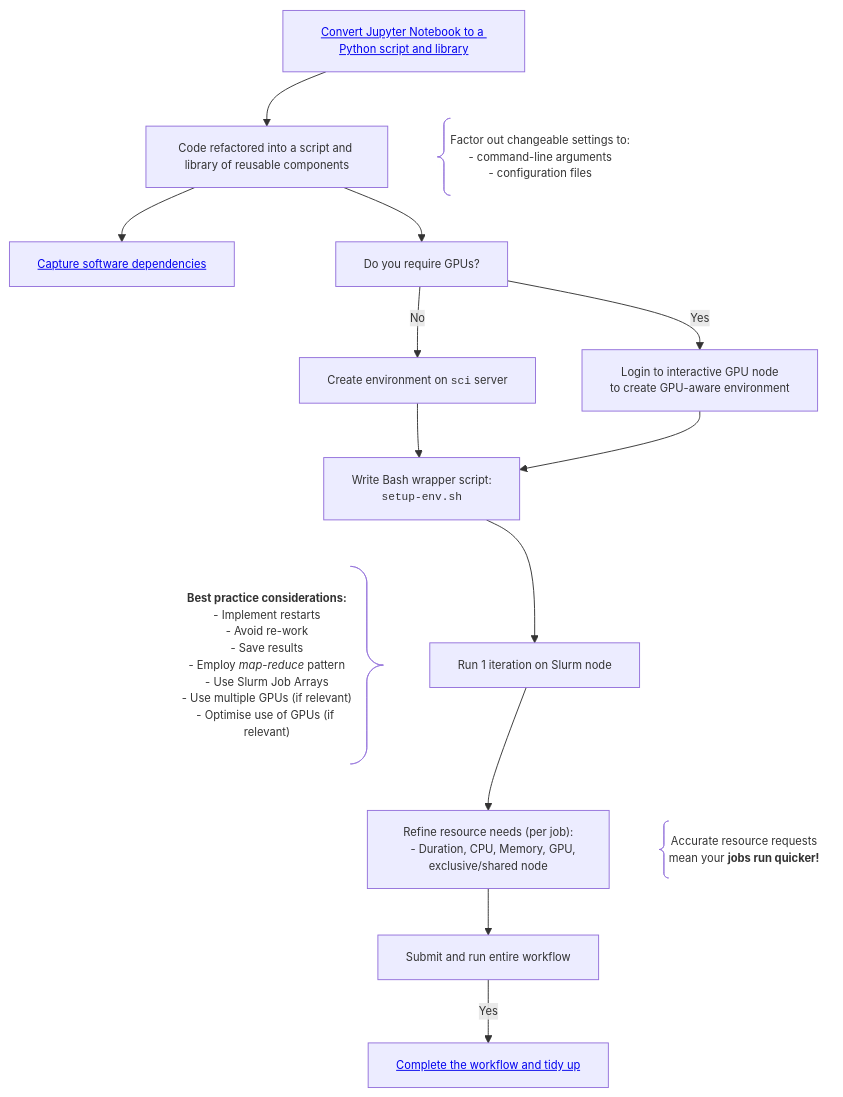
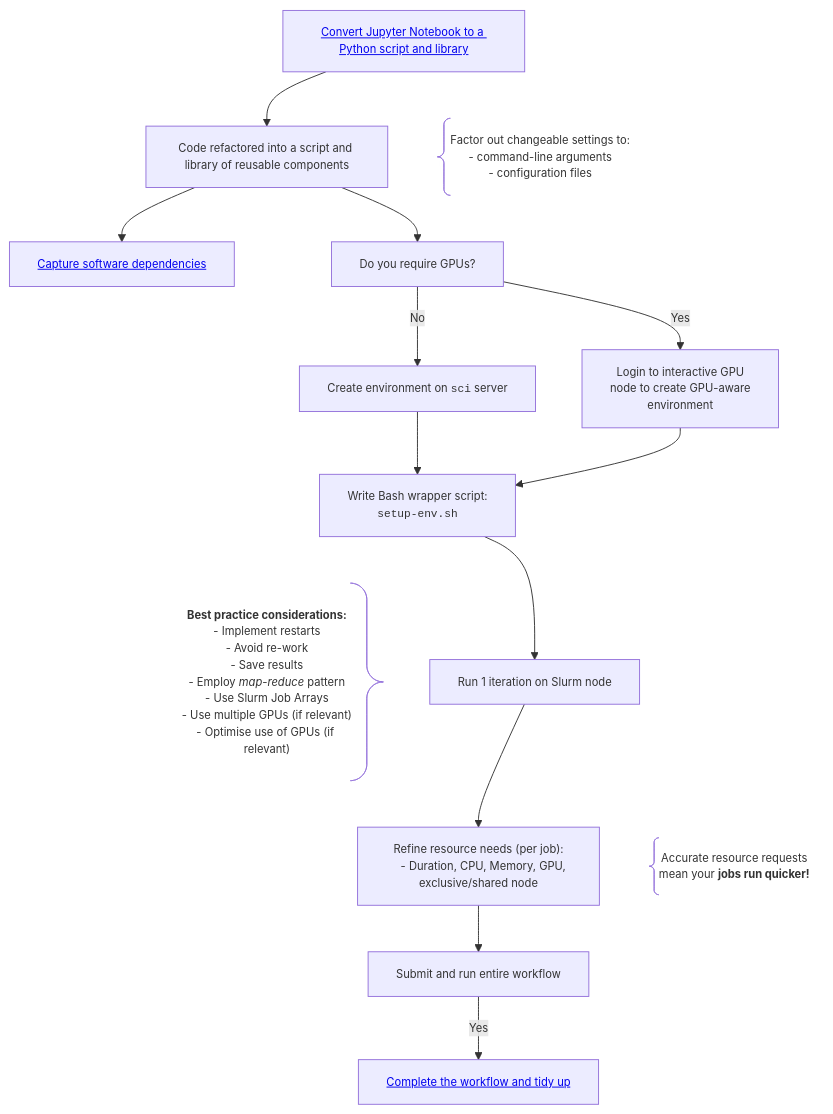
One commit to agstephens/proto-jasmin-mermaid-docs changed the third of 3 diagrams in README.md. Above: the diagram before and after it, drawn with Mermaid. The commit also changed other lines of this file, not shown here.

Commit message:
Fix formatting in README.md for clarity

````diff
--- a/README.md
+++ b/README.md
@@ -224,46 +224,46 @@
 ```mermaid
 ---
 config:
   theme: 'default'
   themeVariables:
     fontSize: 9pt
 ---
 flowchart TD
     NB[<a href="https://github.com/agstephens/proto-jasmin-mermaid-docs/blob/main/README.md#python-best-practice">Convert Jupyter Notebook to a Python script and library</a>]
 
     NB --> CODE_READY[Code refactored into a script and library of reusable components]
 
     NB ~~~ C1@{ shape: brace-l, label: "Factor out changeable settings to</b>:
         - command-line arguments
         - configuration files"}
 
     CODE_READY --> DEPS[<a href="https://github.com/agstephens/proto-jasmin-mermaid-docs/blob/main/README.md#managing-software-dependencies">Capture software dependencies</a>]
 
     CODE_READY ~~~ C2@{ shape: brace-l, label: "'requirements.txt' file<br/>listing dependencies"}
 
     CODE_READY --> GPU_REQ[Do you require GPUs?]
 
     GPU_REQ -->|No| CPU_NODE[Create environment on <code>sci</code> server] --> WRAPPER
-    GPU_REQ -->|Yes| GPU_NODE[Login to interactive GPU node<br/>to create GPU-aware environment] --> WRAPPER
+    GPU_REQ -->|Yes| GPU_NODE[Login to interactive GPU <br/>node to create GPU-aware <br/>environment] --> WRAPPER
 
     WRAPPER[Write Bash wrapper script:<br/><code>setup-env.sh</code>] --> TEST_RUN[Run 1 iteration on Slurm node]
 
     WRAPPER ~~~ C2@{ shape: brace-r, label: "<b>Best practice considerations:</b>
     - Implement restarts
     - Avoid re-work
     - Save results
     - Employ <i>map-reduce</i> pattern
     - Use Slurm Job Arrays
     - Use multiple GPUs (if relevant)
     - Optimise use of GPUs (if relevant)"}
 
     TEST_RUN --> REFINE[Refine resource needs #40;per job#41;:
     - Duration, CPU, Memory, GPU, exclusive/shared node]
 
     TEST_RUN ~~~ C3@{ shape: brace-l, label: "Accurate resource requests<br/>mean your <b>jobs run quicker!</b>"}
 
     REFINE --> FULL_RUN[Submit and run entire workflow]
 
     FULL_RUN -->|Yes| COMPLETE[<a href="https://github.com/agstephens/proto-jasmin-mermaid-docs/blob/main/README.md#workflow-completion">Complete the workflow and tidy up</a>]
 
 ```
````
